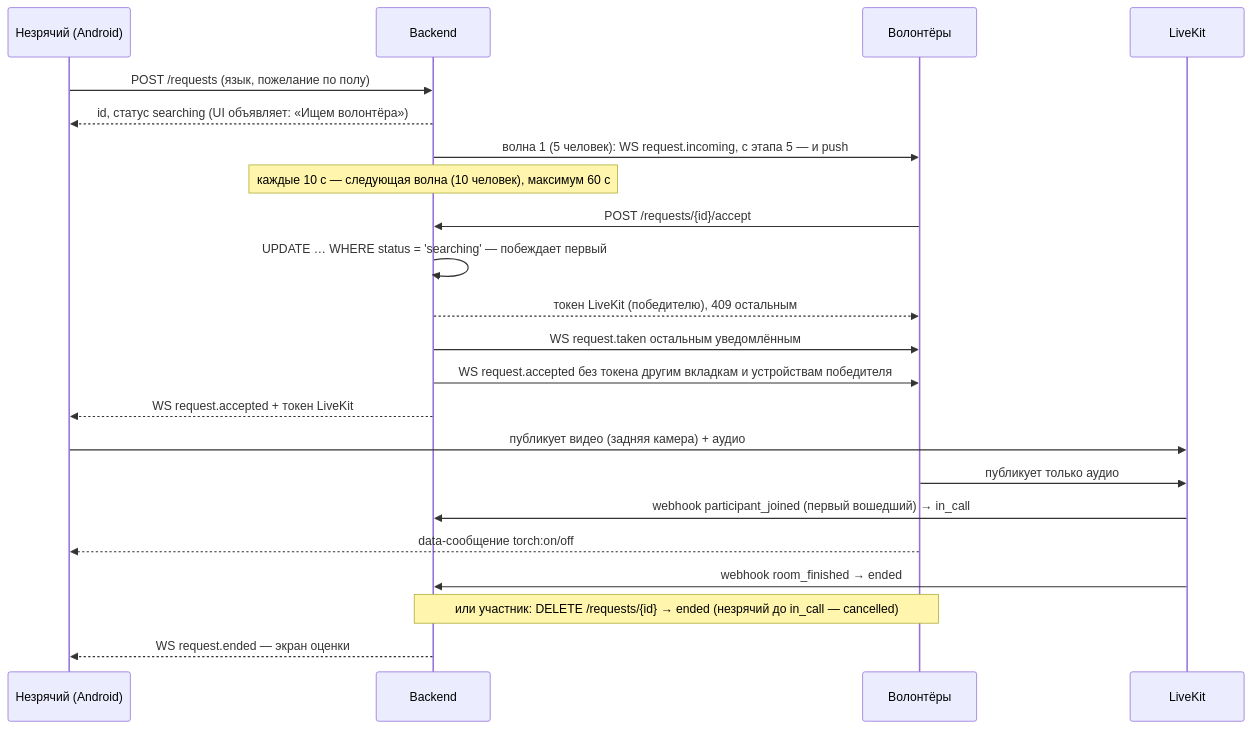
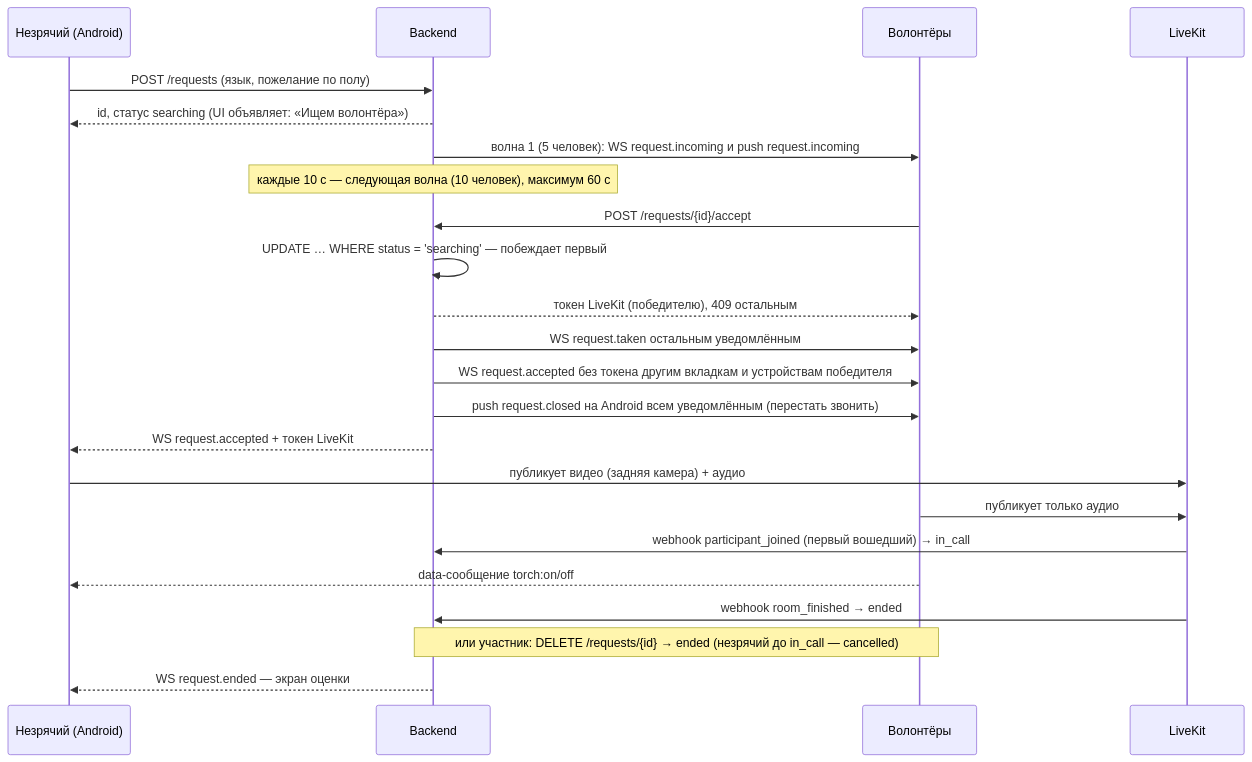
Before and after one commit to KhanKhanov/ryadom: the second of 2 diagrams in docs/ARCHITECTURE.md, drawn with Mermaid. The commit also changed other lines of this file and 82 other files, not shown here.

````diff
--- a/docs/ARCHITECTURE.md
+++ b/docs/ARCHITECTURE.md
@@ -45,24 +45,25 @@
 ```mermaid
 sequenceDiagram
   participant U as Незрячий (Android)
   participant B as Backend
   participant V as Волонтёры
   participant L as LiveKit
   U->>B: POST /requests (язык, пожелание по полу)
   B-->>U: id, статус searching (UI объявляет: «Ищем волонтёра»)
-  B->>V: волна 1 (5 человек): WS request.incoming, с этапа 5 — и push
+  B->>V: волна 1 (5 человек): WS request.incoming и push request.incoming
   Note over B: каждые 10 с — следующая волна (10 человек), максимум 60 с
   V->>B: POST /requests/{id}/accept
   B->>B: UPDATE … WHERE status = 'searching' — побеждает первый
   B-->>V: токен LiveKit (победителю), 409 остальным
   B->>V: WS request.taken остальным уведомлённым
   B->>V: WS request.accepted без токена другим вкладкам и устройствам победителя
+  B->>V: push request.closed на Android всем уведомлённым (перестать звонить)
   B-->>U: WS request.accepted + токен LiveKit
   U->>L: публикует видео (задняя камера) + аудио
   V->>L: публикует только аудио
   L->>B: webhook participant_joined (первый вошедший) → in_call
   V-->>U: data-сообщение torch:on/off
   L->>B: webhook room_finished → ended
   Note over V,B: или участник: DELETE /requests/{id} → ended (незрячий до in_call — cancelled)
   B-->>U: WS request.ended — экран оценки
 ```
````
